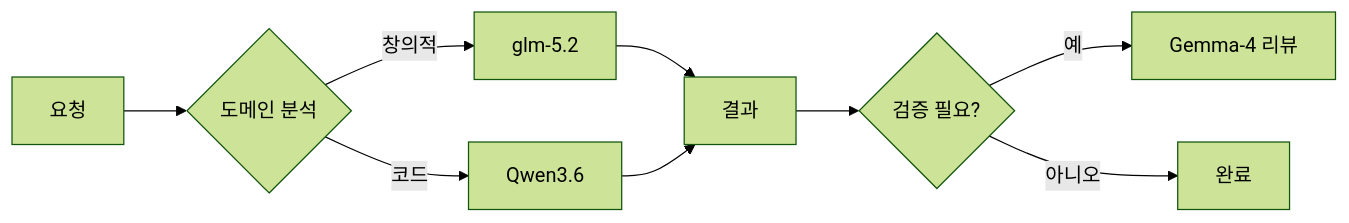
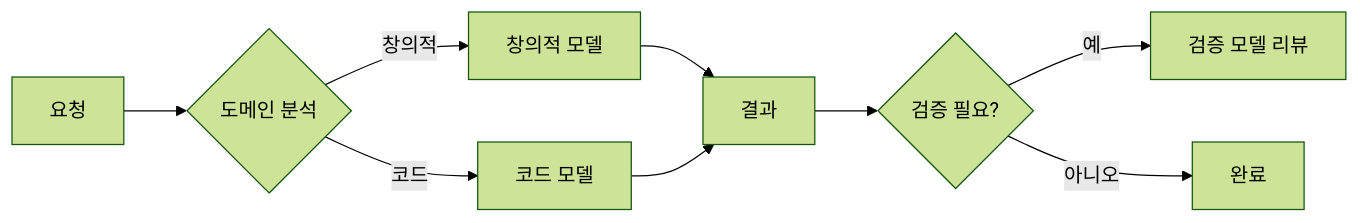
One commit to pheanor-agent/p-hermes changed the first of 3 diagrams in docs/wiki/guides/model-routing.md. Above: the diagram before and after it, drawn with Mermaid (forest theme). The commit also changed other lines of this file and 25 other files, not shown here.

````diff
--- a/docs/wiki/guides/model-routing.md
+++ b/docs/wiki/guides/model-routing.md
@@ -73,11 +74,11 @@
 ```mermaid
 flowchart LR
     A[요청] --> B{도메인 분석}
-    B -->|창의적| C[glm-5.2]
-    B -->|코드| D[Qwen3.6]
+    B -->|창의적| C[창의적 모델]
+    B -->|코드| D[코드 모델]
     C --> E[결과]
     D --> E
     E --> F{검증 필요?}
-    F -->|예| G[Gemma-4 리뷰]
+    F -->|예| G[검증 모델 리뷰]
     F -->|아니오| H[완료]
 ```
````
